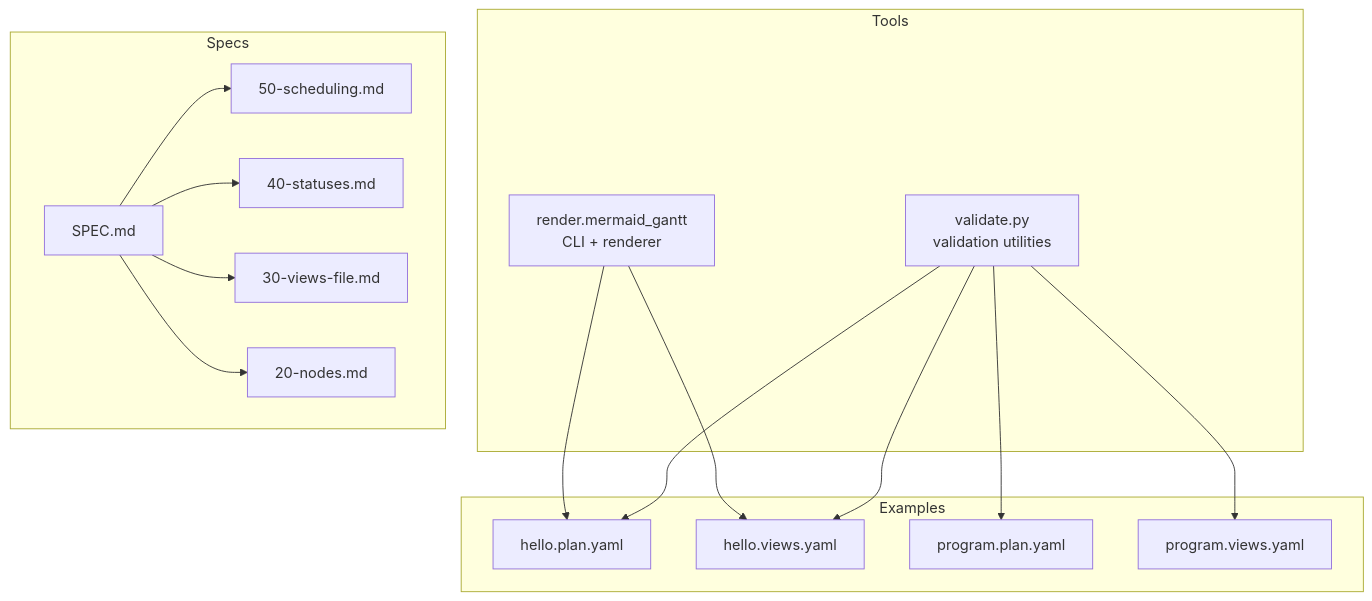
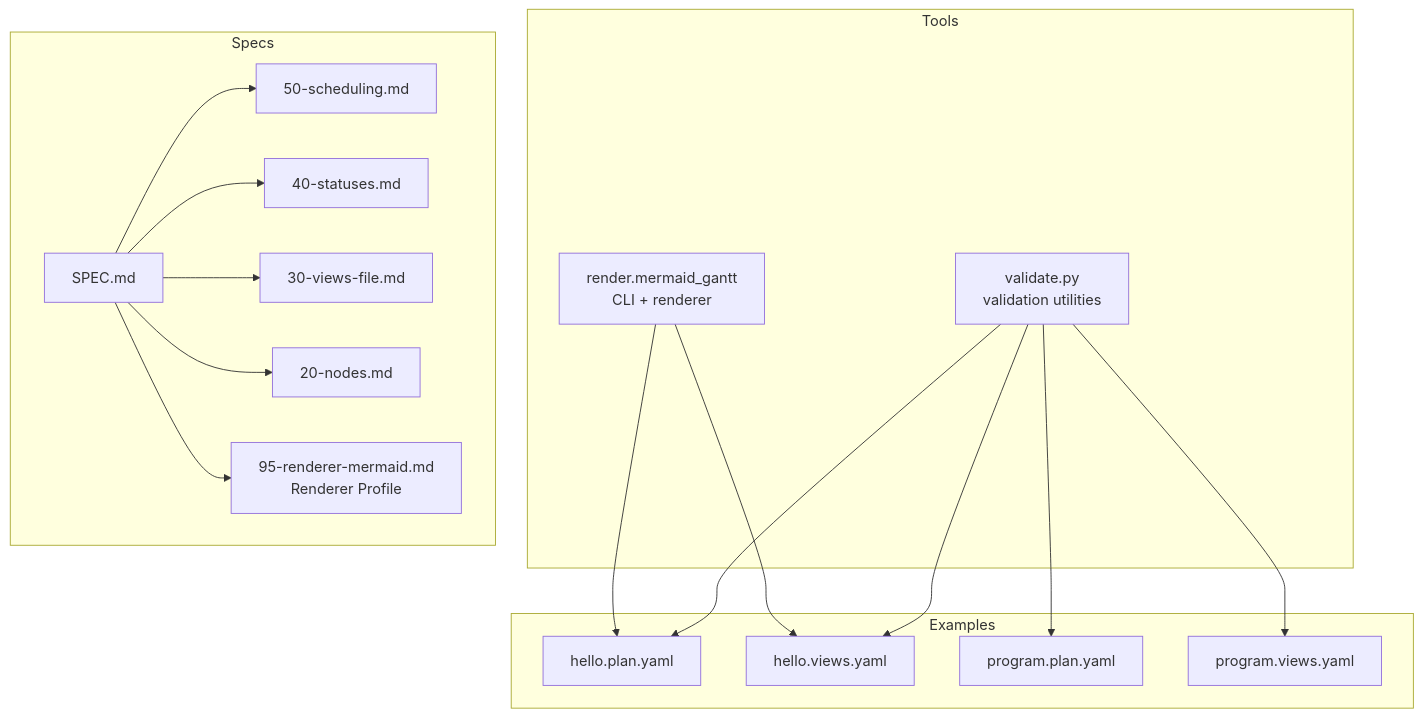
One commit to asukhodko/opskarta changed the first of 9 diagrams in .qoder/repowiki/en/content/Tooling and Utilities/Rendering Engine.md. Above: the diagram before and after it, drawn with Mermaid. The commit also changed other lines of this file and 5 other files, not shown here.

````diff
--- a/.qoder/repowiki/en/content/Tooling and Utilities/Rendering Engine.md
+++ b/.qoder/repowiki/en/content/Tooling and Utilities/Rendering Engine.md
@@ -37,30 +48,32 @@
 ```mermaid
 graph TB
 subgraph "Tools"
 RG["render.mermaid_gantt<br/>CLI + renderer"]
 VAL["validate.py<br/>validation utilities"]
 end
 subgraph "Specs"
 SCHED["50-scheduling.md"]
 STAT["40-statuses.md"]
 VIEWS["30-views-file.md"]
 NODES["20-nodes.md"]
+RENDERER["95-renderer-mermaid.md<br/>Renderer Profile"]
 SPEC["SPEC.md"]
 end
 subgraph "Examples"
 HP["hello.plan.yaml"]
 HV["hello.views.yaml"]
 PP["program.plan.yaml"]
 PV["program.views.yaml"]
 end
 RG --> HP
 RG --> HV
 VAL --> HP
 VAL --> HV
 VAL --> PP
 VAL --> PV
 SPEC --> SCHED
 SPEC --> STAT
 SPEC --> VIEWS
 SPEC --> NODES
+SPEC --> RENDERER
 ```
````
